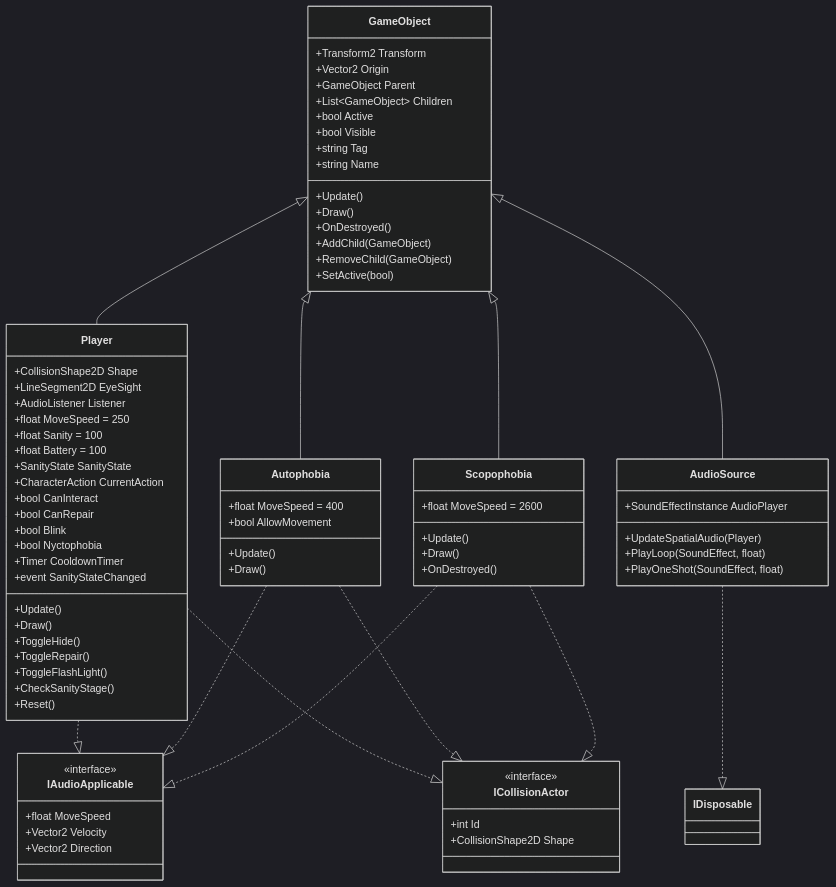
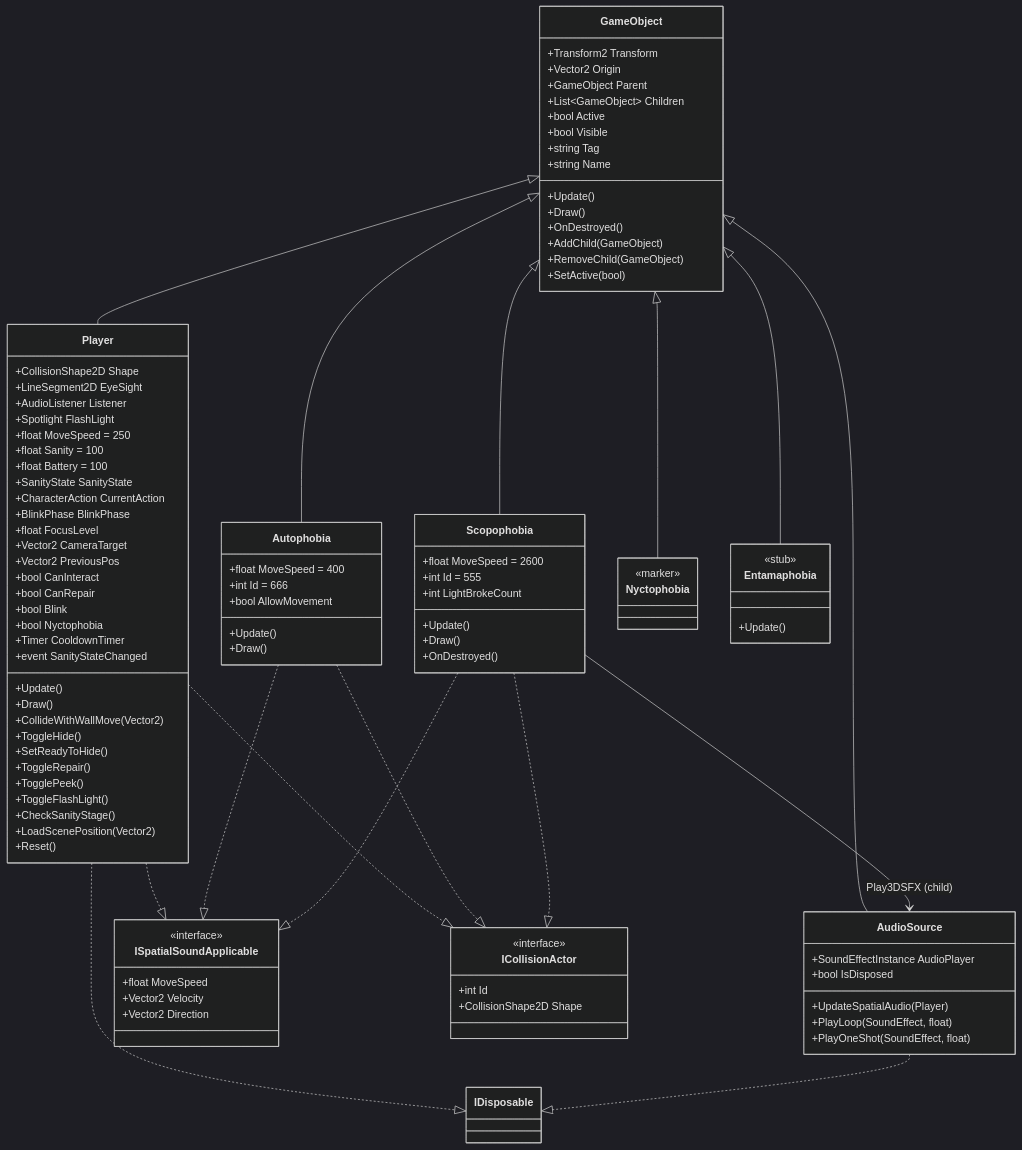
The first of 6 diagrams in docs/03_Software/02-class-diagram.md (Sambopukkazz/DG225_CoreX), drawn with Mermaid (dark theme) before and after one commit. The commit also changed other lines of this file and 14 other files, not shown here.

````diff
--- a/docs/03_Software/02-class-diagram.md
+++ b/docs/03_Software/02-class-diagram.md
@@ -37,11 +37,16 @@
         +CollisionShape2D Shape
         +LineSegment2D EyeSight
         +AudioListener Listener
+        +Spotlight FlashLight
         +float MoveSpeed = 250
         +float Sanity = 100
         +float Battery = 100
         +SanityState SanityState
         +CharacterAction CurrentAction
+        +BlinkPhase BlinkPhase
+        +float FocusLevel
+        +Vector2 CameraTarget
+        +Vector2 PreviousPos
         +bool CanInteract
         +bool CanRepair
         +bool Blink
@@ -50,15 +55,20 @@
         +event SanityStateChanged
         +Update()
         +Draw()
+        +CollideWithWallMove(Vector2)
         +ToggleHide()
+        +SetReadyToHide()
         +ToggleRepair()
+        +TogglePeek()
         +ToggleFlashLight()
         +CheckSanityStage()
+        +LoadScenePosition(Vector2)
         +Reset()
     }
 
     class AudioSource {
         +SoundEffectInstance AudioPlayer
+        +bool IsDisposed
         +UpdateSpatialAudio(Player)
         +PlayLoop(SoundEffect, float)
         +PlayOneShot(SoundEffect, float)
@@ -66,6 +76,7 @@
 
     class Autophobia {
         +float MoveSpeed = 400
+        +int Id = 666
         +bool AllowMovement
         +Update()
         +Draw()
@@ -73,12 +84,23 @@
 
     class Scopophobia {
         +float MoveSpeed = 2600
+        +int Id = 555
+        +int LightBrokeCount
         +Update()
         +Draw()
         +OnDestroyed()
     }
 
-    class IAudioApplicable {
+    class Nyctophobia {
+        <<marker>>
+    }
+
+    class Entamaphobia {
+        <<stub>>
+        +Update()
+    }
+
+    class ISpatialSoundApplicable {
         <<interface>>
         +float MoveSpeed
         +Vector2 Velocity
@@ -94,11 +116,15 @@
     GameObject <|-- AudioSource
     GameObject <|-- Autophobia
     GameObject <|-- Scopophobia
-    Player ..|> IAudioApplicable
+    GameObject <|-- Nyctophobia
+    GameObject <|-- Entamaphobia
+    Player ..|> ISpatialSoundApplicable
     Player ..|> ICollisionActor
+    Player ..|> IDisposable
     AudioSource ..|> IDisposable
-    Autophobia ..|> IAudioApplicable
+    Autophobia ..|> ISpatialSoundApplicable
     Autophobia ..|> ICollisionActor
-    Scopophobia ..|> IAudioApplicable
+    Scopophobia ..|> ISpatialSoundApplicable
     Scopophobia ..|> ICollisionActor
+    Scopophobia --> AudioSource : Play3DSFX (child)
 ```
````
